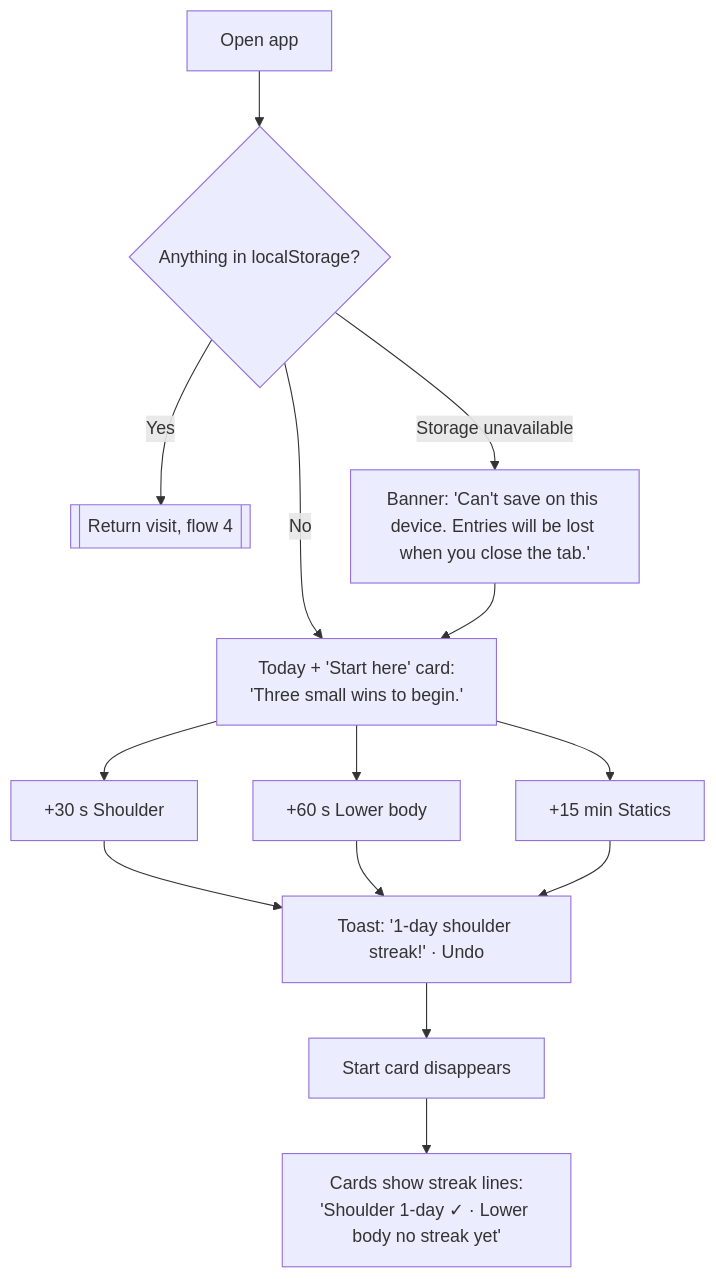
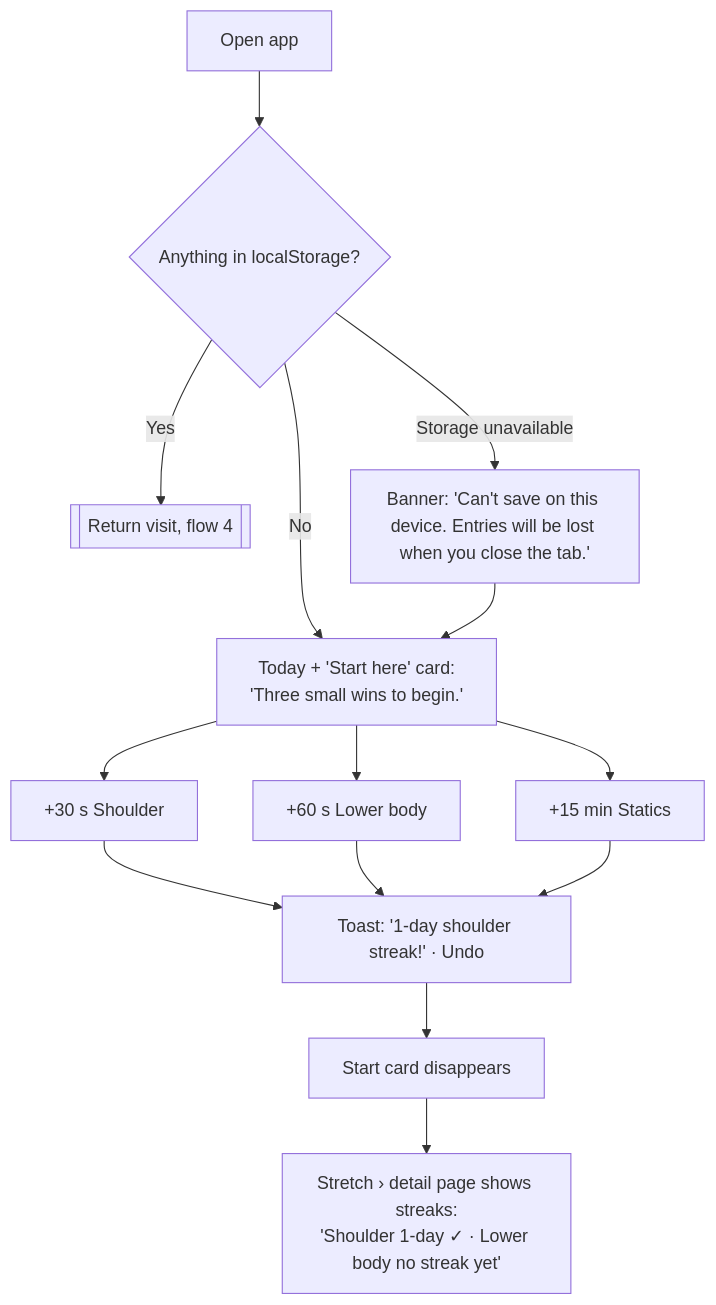
Before and after one commit to phamkd17/DBS-Assignment3: the second of 4 diagrams in flows.md, drawn with Mermaid. The commit also changed other lines of this file and 4 other files, not shown here.

Commit message:
Streaks move off Today into the Stretch and FE study detail page cards

````diff
--- a/flows.md
+++ b/flows.md
@@ -30,16 +30,16 @@
 ```mermaid
 flowchart TD
   A[Open app] --> B{Anything in localStorage?}
   B -- No --> C["Today + 'Start here' card:<br/>'Three small wins to begin.'"]
   B -- Yes --> R[[Return visit, flow 4]]
   B -- Storage unavailable --> X["Banner: 'Can't save on this device. Entries will be lost when you close the tab.'"]
   X --> C
   C --> D["+30 s Shoulder"]
   C --> E["+60 s Lower body"]
   C --> F["+15 min Statics"]
   D --> G["Toast: '1-day shoulder streak!' · Undo"]
   E --> G
   F --> G
   G --> H["Start card disappears"]
-  H --> I["Cards show streak lines:<br/>'Shoulder 1-day ✓ · Lower body no streak yet'"]
+  H --> I["Stretch › detail page shows streaks:<br/>'Shoulder 1-day ✓ · Lower body no streak yet'"]
 ```
````
